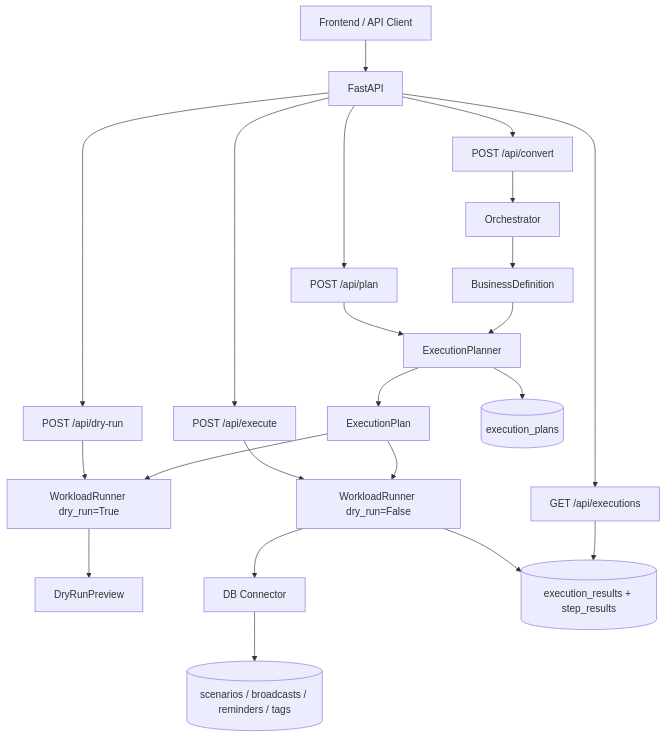
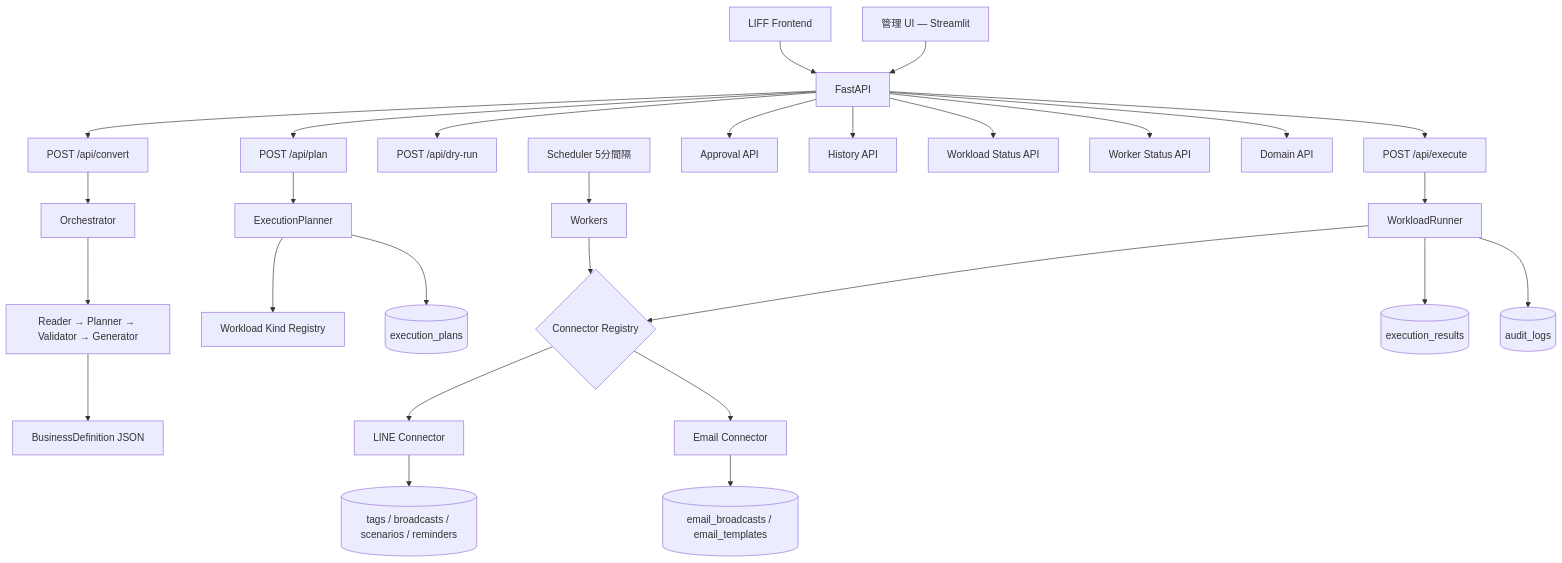
Before and after one commit to KazuakiWatanabe/agentic-bizflow: the diagram in README.md, drawn with Mermaid. The commit also changed other lines of this file, not shown here.

````diff
--- a/README.md
+++ b/README.md
@@ -108,30 +28,36 @@
 ```mermaid
 flowchart TB
-    UI[Frontend / API Client] --> API[FastAPI]
+    ADMIN[管理 UI — Streamlit] --> API[FastAPI]
+    LIFF[LIFF Frontend] --> API
 
     API --> CONVERT[POST /api/convert]
-    API --> PLAN_EP[POST /api/plan]
-    API --> DRYRUN_EP[POST /api/dry-run]
-    API --> EXEC_EP[POST /api/execute]
-    API --> HISTORY_EP[GET /api/executions]
+    API --> PLAN[POST /api/plan]
+    API --> DRYRUN[POST /api/dry-run]
+    API --> EXEC[POST /api/execute]
+    API --> APPROVAL[Approval API]
+    API --> HISTORY[History API]
+    API --> WORKLOAD[Workload Status API]
+    API --> WORKER_ST[Worker Status API]
+    API --> DOMAIN[Domain API]
 
     CONVERT --> ORCH[Orchestrator]
-    ORCH --> BD[BusinessDefinition]
+    ORCH --> AGENTS[Reader → Planner → Validator → Generator]
+    AGENTS --> BD[BusinessDefinition JSON]
 
-    PLAN_EP --> EP[ExecutionPlanner]
-    BD --> EP
-    EP --> PLAN[ExecutionPlan]
+    PLAN --> EP[ExecutionPlanner]
+    EP --> WKR[Workload Kind Registry]
     EP --> DB_PLAN[(execution_plans)]
 
-    DRYRUN_EP --> WR_DRY[WorkloadRunner dry_run=True]
-    PLAN --> WR_DRY
-    WR_DRY --> PREVIEW[DryRunPreview]
+    EXEC --> WR[WorkloadRunner]
+    WR --> CR{Connector Registry}
+    CR --> LINE_CONN[LINE Connector]
+    CR --> EMAIL_CONN[Email Connector]
+    WR --> DB_RESULT[(execution_results)]
+    WR --> DB_AUDIT[(audit_logs)]
 
-    EXEC_EP --> WR[WorkloadRunner dry_run=False]
-    PLAN --> WR
-    WR --> CONN[DB Connector]
-    CONN --> DB_DOMAIN[(scenarios / broadcasts / reminders / tags)]
-    WR --> DB_RESULT[(execution_results + step_results)]
+    LINE_CONN --> DB_DOMAIN[(tags / broadcasts / scenarios / reminders)]
+    EMAIL_CONN --> DB_EMAIL[(email_broadcasts / email_templates)]
 
-    HISTORY_EP --> DB_RESULT
+    SCHED[Scheduler 5分間隔] --> WORKERS[Workers]
+    WORKERS --> CR
 ```
````
